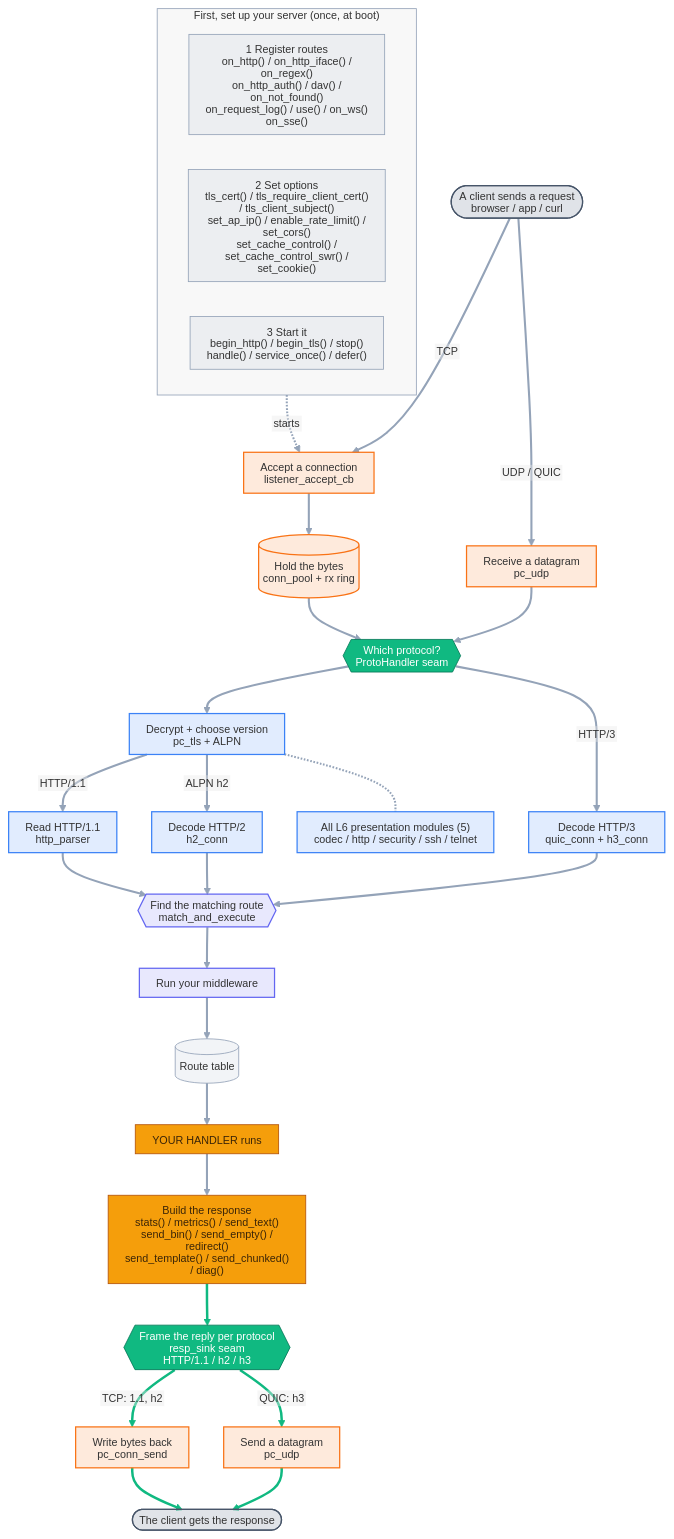
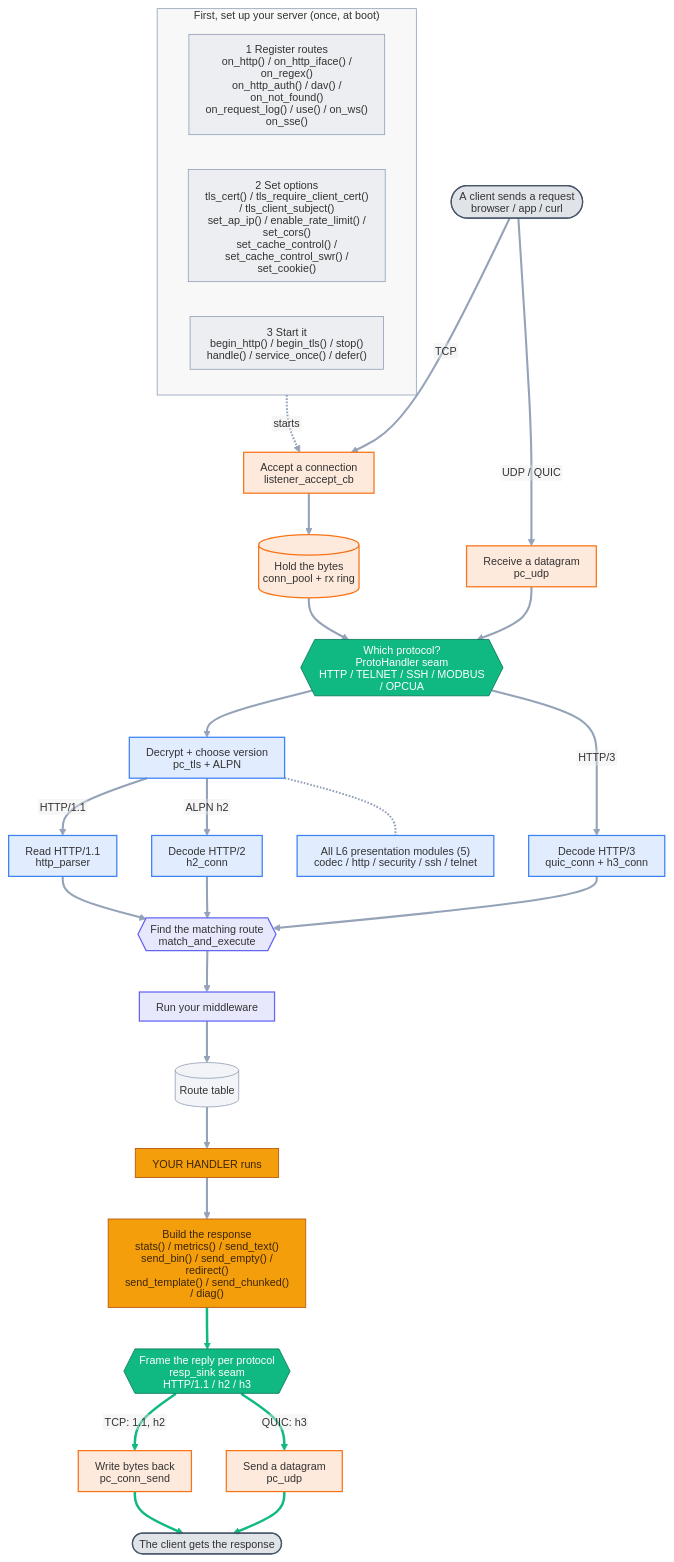
The diagram in docs/diagrams/api_flow_detail.mmd (dstroy0/DeterministicESPAsyncWebServer), drawn with Mermaid before and after one commit. The commit also changed 34 other files, not shown here.

```diff
--- a/docs/diagrams/api_flow_detail.mmd
+++ b/docs/diagrams/api_flow_detail.mmd
@@ -1,71 +1,71 @@
 %%{init: {'htmlLabels':false,'themeVariables':{'fontFamily':'sans-serif','fontSize':'13px','lineColor':'#94a3b8'},'flowchart':{'curve':'basis','nodeSpacing':42,'rankSpacing':50,'padding':10,'useMaxWidth':true,'htmlLabels':false}}}%%
 flowchart TB
-  %% Auto-generated from the public API, proto_builtins.cpp, and presentation/ on disk.
+  %% Auto-generated from the public API, proto_builtins.c, and presentation/ on disk.
   subgraph SETUP["First, set up your server (once, at boot)"]
     direction LR
     reg["1 Register routes<br/>on_http() / on_http_iface() / on_regex()<br/>on_http_auth() / dav() / on_not_found()<br/>on_request_log() / use() / on_ws()<br/>on_sse()"]
     cfg["2 Set options<br/>tls_cert() / tls_require_client_cert() / tls_client_subject()<br/>set_ap_ip() / enable_rate_limit() / set_cors()<br/>set_cache_control() / set_cache_control_swr() / set_cookie()"]
     run["3 Start it<br/>begin_http() / begin_tls() / stop()<br/>handle() / service_once() / defer()"]
   end
 
   cin(["A client sends a request<br/>browser / app / curl"])
   listen["Accept a connection<br/>listener_accept_cb"]
   ring[("Hold the bytes<br/>conn_pool + rx ring")]
   udprx["Receive a datagram<br/>pc_udp"]
-  seam{{"Which protocol?<br/>ProtoHandler seam<br/>"}}
+  seam{{"Which protocol?<br/>ProtoHandler seam<br/>HTTP / TELNET / SSH / MODBUS / OPCUA"}}
   tls["Decrypt + choose version<br/>pc_tls + ALPN"]
   parser["Read HTTP/1.1<br/>http_parser"]
   h2["Decode HTTP/2<br/>h2_conn"]
   h3["Decode HTTP/3<br/>quic_conn + h3_conn"]
   mae{{"Find the matching route<br/>match_and_execute"}}
   mw["Run your middleware"]
   routes[("Route table")]
   handler["YOUR HANDLER runs"]
   resp["Build the response<br/>stats() / metrics() / send_text()<br/>send_bin() / send_empty() / redirect()<br/>send_template() / send_chunked() / diag()"]
   sink{{"Frame the reply per protocol<br/>resp_sink seam<br/>HTTP/1.1 / h2 / h3"}}
   consend["Write bytes back<br/>pc_conn_send"]
   udptx["Send a datagram<br/>pc_udp"]
   cout(["The client gets the response"])
   mods["All L6 presentation modules (5)<br/>codec / http / security / ssh / telnet"]
 
   run -.->|starts| listen
   cin ==>|TCP| listen
   listen --> ring
   ring --> seam
   cin ==>|UDP / QUIC| udprx
   udprx --> seam
   seam --> tls
   tls -->|HTTP/1.1| parser
   tls -->|ALPN h2| h2
   seam -->|HTTP/3| h3
   parser --> mae
   h2 --> mae
   h3 --> mae
   mae --> mw
   mw --> routes
   routes --> handler
   handler --> resp
   resp --> sink
   sink -->|TCP: 1.1, h2| consend
   sink -->|QUIC: h3| udptx
   consend ==> cout
   udptx ==> cout
   tls -.- mods
 
   class cin,cout ext;
   class reg,cfg,run,routes setup;
   class listen,ring,udprx,udptx,consend l4;
   class seam,sink seam;
   class tls,parser,h2,h3,mods l6;
   class mae,mw l7;
   class handler,resp you;
   classDef ext fill:#64748b33,stroke:#475569,stroke-width:1.5px;
   classDef setup fill:#94a3b81f,stroke:#94a3b8;
   classDef l4 fill:#f9731626,stroke:#f97316,stroke-width:1.5px;
   classDef seam fill:#10b981,stroke:#047857,color:#ffffff;
   classDef l6 fill:#3b82f626,stroke:#3b82f6,stroke-width:1.5px;
   classDef l7 fill:#6366f126,stroke:#6366f1,stroke-width:1.5px;
   classDef you fill:#f59e0b,stroke:#b45309,color:#3b2508;
   style SETUP fill:#8888880f,stroke:#94a3b8,stroke-width:1px;
   linkStyle default stroke-width:2.5px;
   linkStyle 17,18,19,20,21 stroke:#10b981,stroke-width:3px;
```
